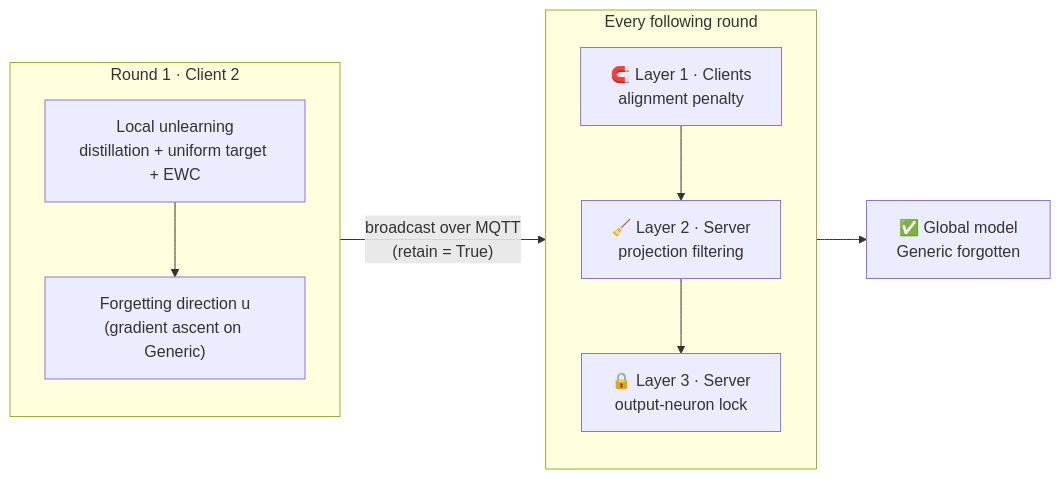
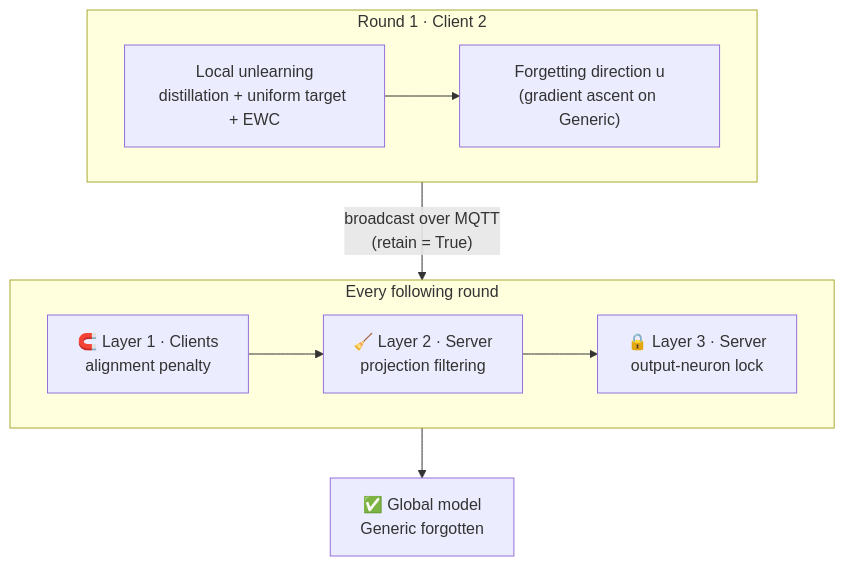
The second of 2 diagrams in README.md (mosuloiodui/FU), drawn with Mermaid before and after one commit.

Commit message:
README: vertical layout for the FedAF-P diagram

````diff
--- a/README.md
+++ b/README.md
@@ -92,13 +92,13 @@
 ```mermaid
-flowchart LR
+flowchart TB
     subgraph R1["Round 1 · Client 2"]
-        direction TB
+        direction LR
         A["Local unlearning<br/>distillation + uniform target + EWC"] --> D["Forgetting direction u<br/>(gradient ascent on Generic)"]
     end
     D -- "broadcast over MQTT<br/>(retain = True)" --> L1
     subgraph RN["Every following round"]
-        direction TB
+        direction LR
         L1["🧲 Layer 1 · Clients<br/>alignment penalty"] --> L2["🧹 Layer 2 · Server<br/>projection filtering"] --> L3["🔒 Layer 3 · Server<br/>output-neuron lock"]
     end
     L3 --> G["✅ Global model<br/>Generic forgotten"]
 ```
````
